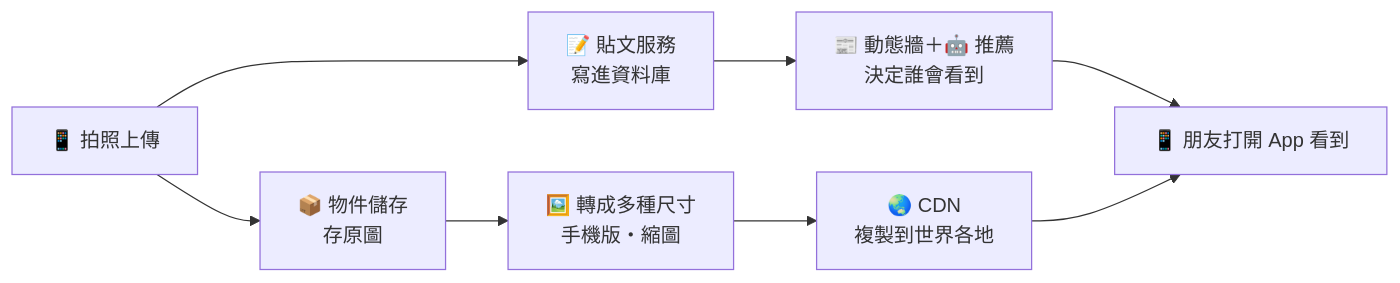
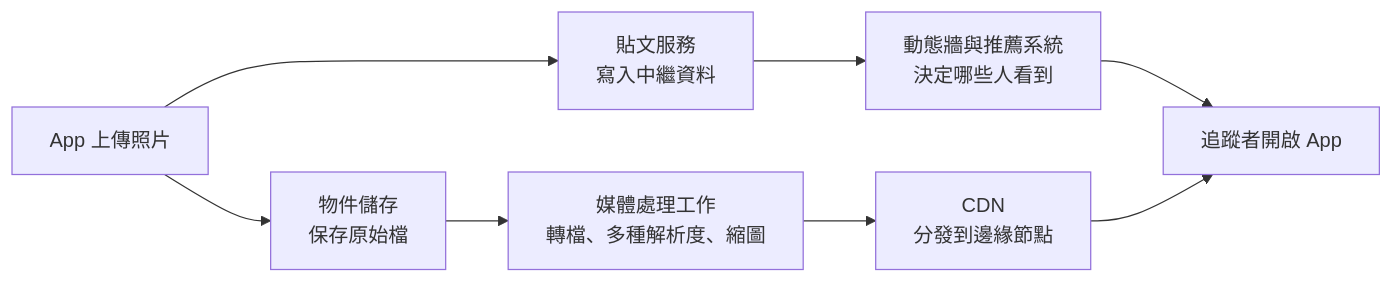
The third of 5 diagrams in lectures/wk01_1007_saas-storefront/social_media_architecture.md (cychiang-ntpu/VibeNTPU), drawn with Mermaid before and after one commit. The commit also changed other lines of this file and 43 other files, not shown here.

````diff
--- a/lectures/wk01_1007_saas-storefront/social_media_architecture.md
+++ b/lectures/wk01_1007_saas-storefront/social_media_architecture.md
@@ -143,10 +155,10 @@
 ```mermaid
 flowchart LR
-    A["📱 拍照上傳"] --> B["📦 物件儲存<br/>存原圖"]
-    B --> C["🖼️ 轉成多種尺寸<br/>手機版・縮圖"]
-    C --> D["🌏 CDN<br/>複製到世界各地"]
-    A --> E["📝 貼文服務<br/>寫進資料庫"]
-    E --> F["📰 動態牆＋🤖 推薦<br/>決定誰會看到"]
-    F --> G["📱 朋友打開 App 看到"]
+    A["App 上傳照片"] --> B["物件儲存<br/>保存原始檔"]
+    B --> C["媒體處理工作<br/>轉檔、多種解析度、縮圖"]
+    C --> D["CDN<br/>分發到邊緣節點"]
+    A --> E["貼文服務<br/>寫入中繼資料"]
+    E --> F["動態牆與推薦系統<br/>決定哪些人看到"]
+    F --> G["追蹤者開啟 App"]
     D --> G
 ```
````
